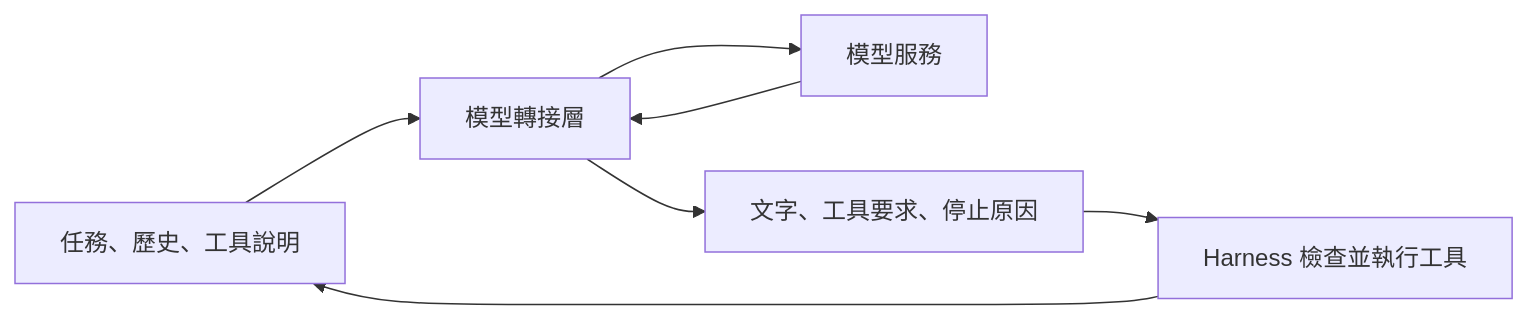
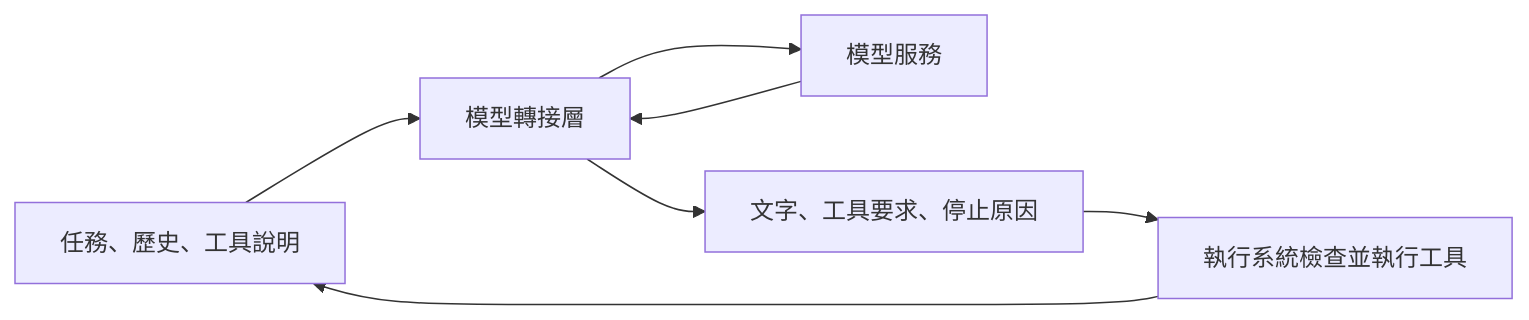
The diagram in docs/harness-engineering/05-model-integration.md (wizardhsiehcom/book), drawn with Mermaid before and after one commit. The commit also changed other lines of this file and 26 other files, not shown here.

````diff
--- a/docs/harness-engineering/05-model-integration.md
+++ b/docs/harness-engineering/05-model-integration.md
@@ -15,9 +15,9 @@
 ```mermaid
 flowchart LR
     A["任務、歷史、工具說明"] --> B["模型轉接層"]
     B --> C["模型服務"]
     C --> B
     B --> D["文字、工具要求、停止原因"]
-    D --> E["Harness 檢查並執行工具"]
+    D --> E["執行系統檢查並執行工具"]
     E --> A
 ```
````
